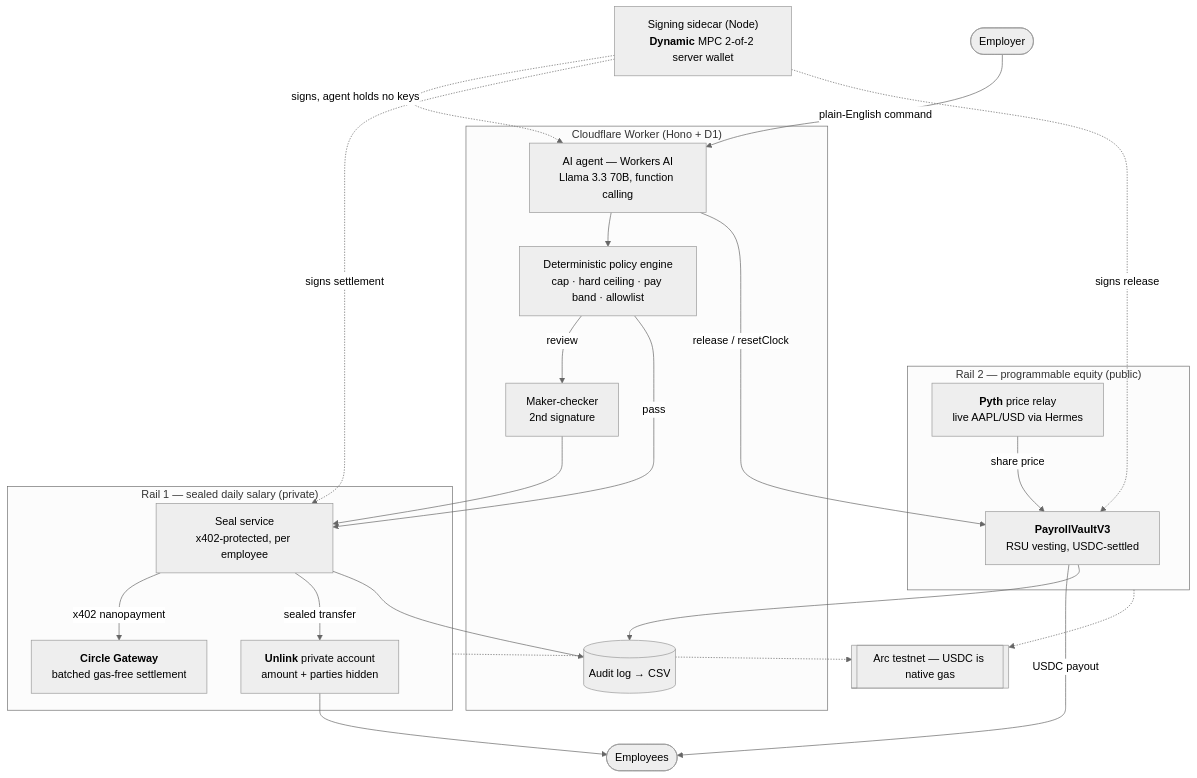
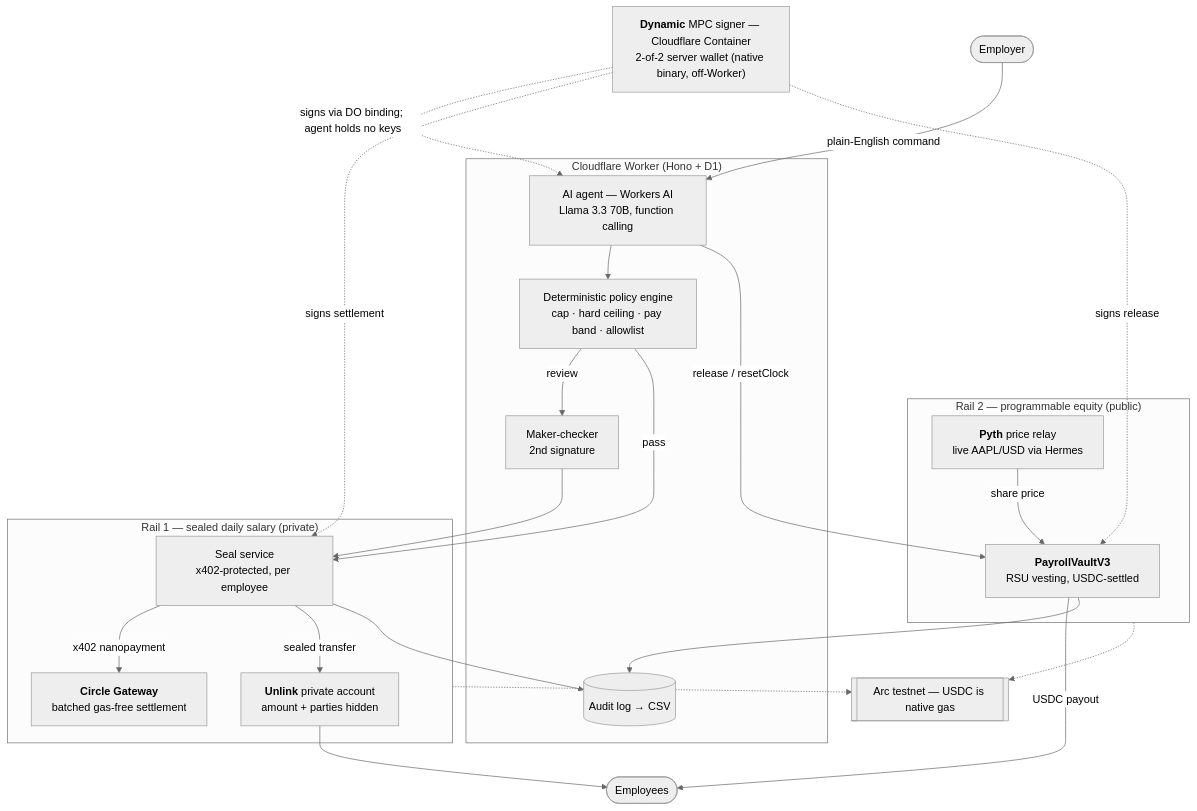
Before and after one commit to max-andrew/manila: the first of 2 diagrams in docs/ARCHITECTURE.md, drawn with Mermaid (neutral theme). The commit also changed other lines of this file and 9 other files, not shown here.

First line of the commit message:
docs: reflect the Cloudflare Container signer; drop the tunnel script

````diff
--- a/docs/ARCHITECTURE.md
+++ b/docs/ARCHITECTURE.md
@@ -11,42 +11,42 @@
 ```mermaid
 flowchart TB
   Employer(["Employer"]) -->|plain-English command| Agent
 
   subgraph CF["Cloudflare Worker (Hono + D1)"]
     Agent["AI agent — Workers AI<br/>Llama 3.3 70B, function calling"]
     Policy["Deterministic policy engine<br/>cap · hard ceiling · pay band · allowlist"]
     Agent --> Policy
     Policy -->|review| Approval["Maker-checker<br/>2nd signature"]
     Audit[("Audit log → CSV")]
   end
 
-  Sidecar["Signing sidecar (Node)<br/><b>Dynamic</b> MPC 2-of-2 server wallet"]
-  Sidecar -. signs, agent holds no keys .-> Agent
+  Sidecar["<b>Dynamic</b> MPC signer — Cloudflare Container<br/>2-of-2 server wallet (native binary, off-Worker)"]
+  Sidecar -. signs via DO binding; agent holds no keys .-> Agent
 
   subgraph Salary["Rail 1 — sealed daily salary (private)"]
     Seal["Seal service<br/>x402-protected, per employee"]
     Gateway["<b>Circle Gateway</b><br/>batched gas-free settlement"]
     Unlink["<b>Unlink</b> private account<br/>amount + parties hidden"]
     Seal -->|x402 nanopayment| Gateway
     Seal -->|sealed transfer| Unlink
   end
 
   subgraph Equity["Rail 2 — programmable equity (public)"]
     Vault["<b>PayrollVaultV3</b><br/>RSU vesting, USDC-settled"]
     Oracle["<b>Pyth</b> price relay<br/>live AAPL/USD via Hermes"]
     Oracle -->|share price| Vault
   end
 
   Policy -->|pass| Seal
   Approval --> Seal
   Agent -->|release / resetClock| Vault
   Sidecar -. signs settlement .-> Seal
   Sidecar -. signs release .-> Vault
   Unlink --> Employees(["Employees"])
   Vault -->|USDC payout| Employees
   Seal --> Audit
   Vault --> Audit
 
   Salary -.-> Arc[["Arc testnet — USDC is native gas"]]
   Equity -.-> Arc
 ```
````
